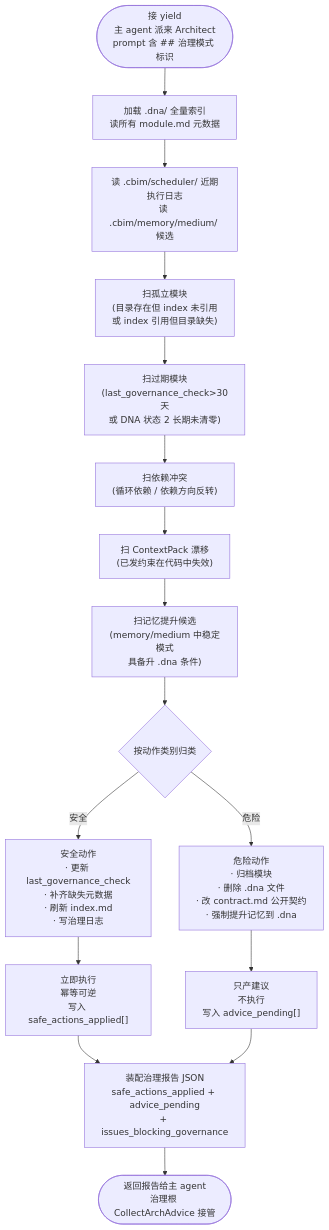
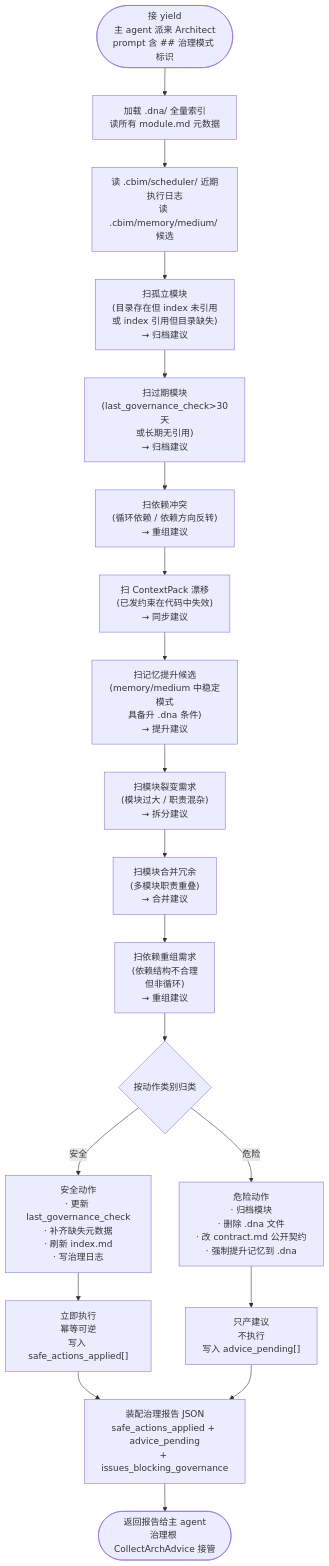
One commit to nan023062/agent-team-cc changed the second of 2 diagrams in design/WORKFLOW-ARCHITECT.zh-CN.md. Above: the diagram before and after it, drawn with Mermaid. The commit also changed other lines of this file and 4 other files, not shown here.

````diff
--- a/design/WORKFLOW-ARCHITECT.zh-CN.md
+++ b/design/WORKFLOW-ARCHITECT.zh-CN.md
@@ -181,41 +194,47 @@
 ```mermaid
 flowchart TD
     Yield(["接 yield<br/>主 agent 派来 Architect<br/>prompt 含 ## 治理模式 标识"])
 
     LoadIdx["加载 .dna/ 全量索引<br/>读所有 module.md 元数据"]
     LoadLogs["读 .cbim/scheduler/ 近期执行日志<br/>读 .cbim/memory/medium/ 候选"]
 
-    Scan1["扫孤立模块<br/>(目录存在但 index 未引用<br/>或 index 引用但目录缺失)"]
-    Scan2["扫过期模块<br/>(last_governance_check>30天<br/>或 DNA 状态 2 长期未清零)"]
-    Scan3["扫依赖冲突<br/>(循环依赖 / 依赖方向反转)"]
-    Scan4["扫 ContextPack 漂移<br/>(已发约束在代码中失效)"]
-    Scan5["扫记忆提升候选<br/>(memory/medium 中稳定模式<br/>具备升 .dna 条件)"]
+    Scan1["扫孤立模块<br/>(目录存在但 index 未引用<br/>或 index 引用但目录缺失)<br/>→ 归档建议"]
+    Scan2["扫过期模块<br/>(last_governance_check>30天<br/>或长期无引用)<br/>→ 归档建议"]
+    Scan3["扫依赖冲突<br/>(循环依赖 / 依赖方向反转)<br/>→ 重组建议"]
+    Scan4["扫 ContextPack 漂移<br/>(已发约束在代码中失效)<br/>→ 同步建议"]
+    Scan5["扫记忆提升候选<br/>(memory/medium 中稳定模式<br/>具备升 .dna 条件)<br/>→ 提升建议"]
+    Scan6["扫模块裂变需求<br/>(模块过大 / 职责混杂)<br/>→ 拆分建议"]
+    Scan7["扫模块合并冗余<br/>(多模块职责重叠)<br/>→ 合并建议"]
+    Scan8["扫依赖重组需求<br/>(依赖结构不合理<br/>但非循环)<br/>→ 重组建议"]
 
     Classify{"按动作类别归类"}
 
     Safe["安全动作<br/>· 更新 last_governance_check<br/>· 补齐缺失元数据<br/>· 刷新 index.md<br/>· 写治理日志"]
     SafeApply["立即执行<br/>幂等可逆<br/>写入 safe_actions_applied[]"]
 
     Risky["危险动作<br/>· 归档模块<br/>· 删除 .dna 文件<br/>· 改 contract.md 公开契约<br/>· 强制提升记忆到 .dna"]
     RiskyAdvise["只产建议<br/>不执行<br/>写入 advice_pending[]"]
 
     BuildReport["装配治理报告 JSON<br/>safe_actions_applied + advice_pending<br/>+ issues_blocking_governance"]
 
     Return(["返回报告给主 agent<br/>治理根 CollectArchAdvice 接管"])
 
     Yield --> LoadIdx
     LoadIdx --> LoadLogs
     LoadLogs --> Scan1
     Scan1 --> Scan2
     Scan2 --> Scan3
     Scan3 --> Scan4
     Scan4 --> Scan5
-    Scan5 --> Classify
+    Scan5 --> Scan6
+    Scan6 --> Scan7
+    Scan7 --> Scan8
+    Scan8 --> Classify
     Classify -->|安全| Safe
     Classify -->|危险| Risky
     Safe --> SafeApply
     Risky --> RiskyAdvise
     SafeApply --> BuildReport
     RiskyAdvise --> BuildReport
     BuildReport --> Return
 ```
````
